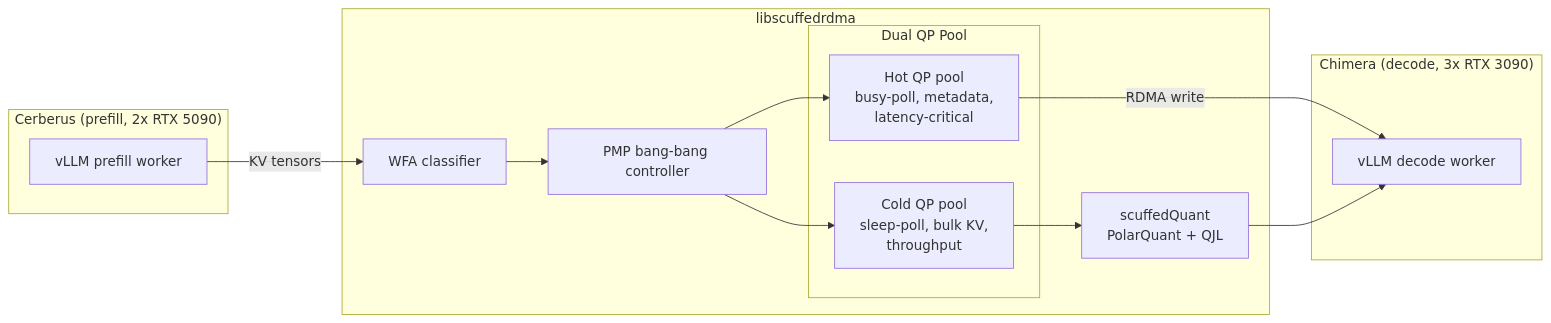
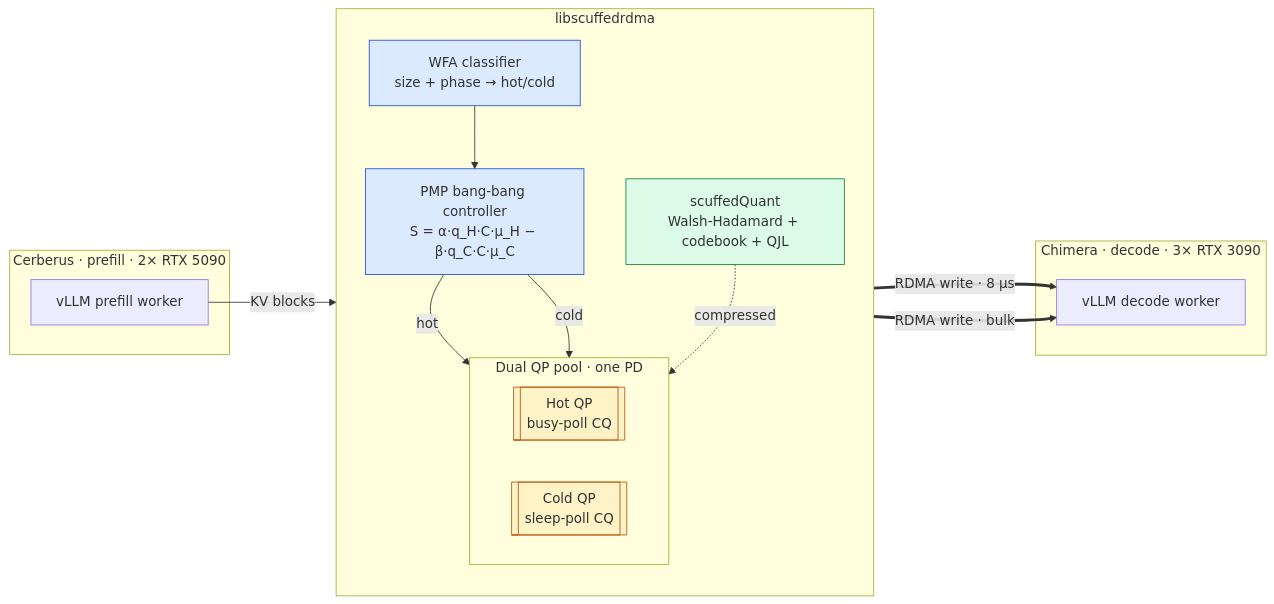
Before and after one commit to ndg8743/ScuffedRDMA: the first of 3 diagrams in README.md, drawn with Mermaid. The commit also changed other lines of this file and 7 other files, not shown here.

Commit message:
readme cleanup, MIT license, draft per-architecture section, questions guide

````diff
--- a/README.md
+++ b/README.md
@@ -26,24 +19,34 @@
 ```mermaid
 flowchart LR
-    subgraph Cerberus["Cerberus (prefill, 2x RTX 5090)"]
+    subgraph Cerberus["Cerberus · prefill · 2× RTX 5090"]
         PF[vLLM prefill worker]
     end
     subgraph Mid["libscuffedrdma"]
-        WFA[WFA classifier]
-        PMP[PMP bang-bang controller]
-        subgraph Pools[Dual QP Pool]
-            HOT[Hot QP pool<br/>busy-poll, metadata,<br/>latency-critical]
-            COLD[Cold QP pool<br/>sleep-poll, bulk KV,<br/>throughput]
+        direction TB
+        WFA[WFA classifier<br/>size + phase → hot/cold]
+        PMP[PMP bang-bang controller<br/>S = α·q_H·C·μ_H − β·q_C·C·μ_C]
+        QNT[scuffedQuant<br/>Walsh-Hadamard + codebook + QJL]
+        subgraph Pool["Dual QP pool · one PD"]
+            direction LR
+            HOT[["Hot QP<br/>busy-poll CQ"]]
+            COLD[["Cold QP<br/>sleep-poll CQ"]]
         end
-        QNT[scuffedQuant<br/>PolarQuant + QJL]
+        WFA --> PMP
+        PMP -->|hot| HOT
+        PMP -->|cold| COLD
+        QNT -.->|compressed| COLD
     end
-    subgraph Chimera["Chimera (decode, 3x RTX 3090)"]
+    subgraph Chimera["Chimera · decode · 3× RTX 3090"]
         DC[vLLM decode worker]
     end
-    PF -->|KV tensors| WFA
-    WFA --> PMP
-    PMP --> HOT
-    PMP --> COLD
-    HOT -->|RDMA write| DC
-    COLD --> QNT --> DC
+    PF -->|KV blocks| WFA
+    HOT ==>|RDMA write · 8 µs| DC
+    COLD ==>|RDMA write · bulk| DC
+
+    classDef pool fill:#fef3c7,stroke:#b45309,stroke-width:1px
+    classDef ctrl fill:#dbeafe,stroke:#1d4ed8,stroke-width:1px
+    classDef quant fill:#dcfce7,stroke:#15803d,stroke-width:1px
+    class HOT,COLD pool
+    class WFA,PMP ctrl
+    class QNT quant
 ```
````
